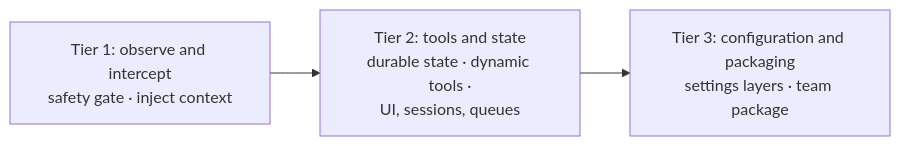
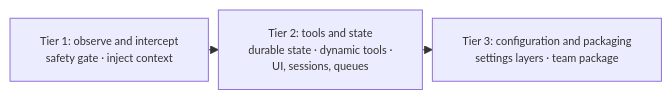
The first of 3 diagrams in developer-guide/08-extension-patterns.qmd (lukechen526/pi), drawn with Mermaid before and after one commit. The commit also changed 8 other files, not shown here.

````diff
--- a/developer-guide/08-extension-patterns.qmd
+++ b/developer-guide/08-extension-patterns.qmd
@@ -11,9 +11,11 @@
 ```{mermaid}
 %%| label: fig-pattern-tiers
 %%| fig-cap: "Chapter roadmap. Each tier builds on the previous one; stop at the smallest tier that solves your task."
+%%| fig-width: 5.8
+%%{init: {"flowchart": {"nodeSpacing": 10, "rankSpacing": 10}, "themeVariables": {"fontSize": "11px"}}}%%
 flowchart LR
   T1["Tier 1: observe and intercept<br/>safety gate · inject context"]
   T2["Tier 2: tools and state<br/>durable state · dynamic tools ·<br/>UI, sessions, queues"]
   T3["Tier 3: configuration and packaging<br/>settings layers · team package"]
   T1 --> T2 --> T3
 ```
````
